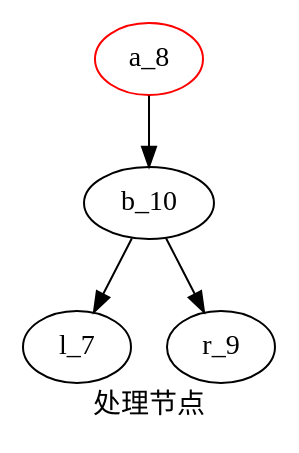
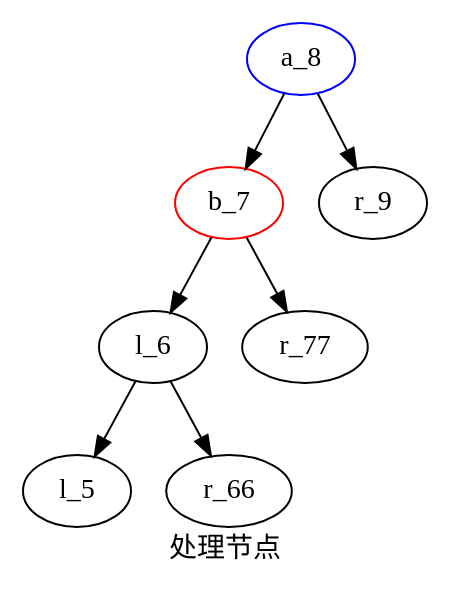
The third of 3 diagrams in struct/tree/理解.md (UACurry/dsk), drawn with Graphviz before and after one commit. The commit also changed other lines of this file and 1 other file, not shown here.

````diff
--- a/struct/tree/理解.md
+++ b/struct/tree/理解.md
@@ -71,8 +46,12 @@
 ```graphviz
 digraph{
     label="处理节点"
-    a_8[color=red]
-    b_10->l_7
-    a_8->b_10->r_9
+    l_6;r_77;
+    b_7[color=red]
+    a_8[color=blue]
+    a_8->b_7->l_6->l_5
+    a_8->r_9
+    b_7->r_77
+    l_6->r_66
 }
 ```
````
